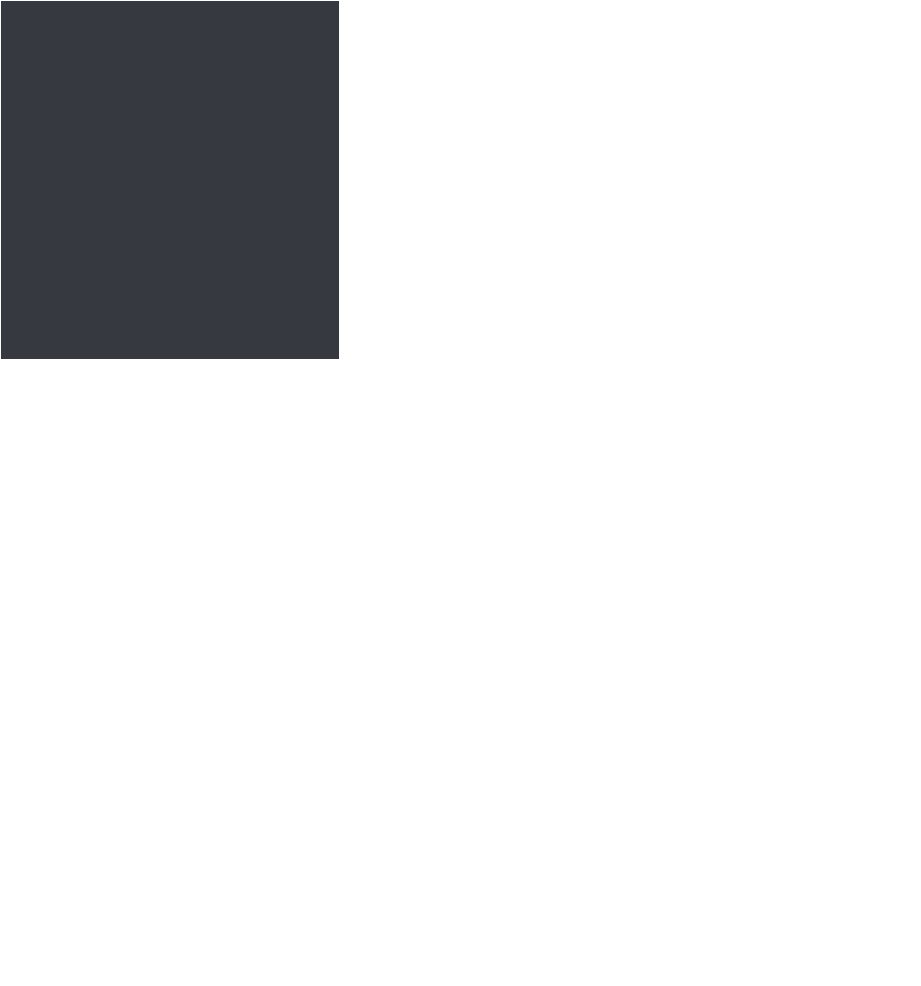
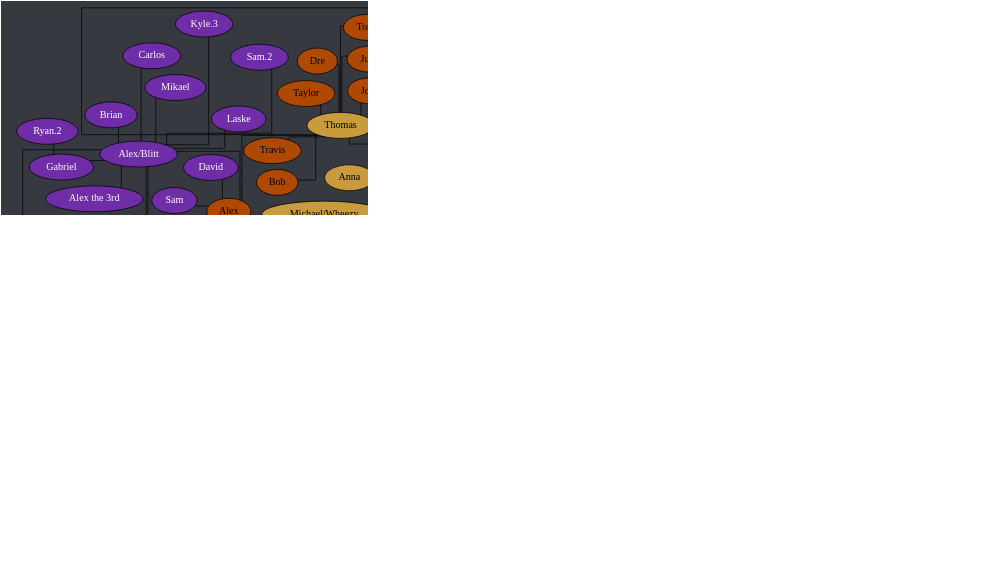
One commit to Documidas/CoronaCatzFamilyTree changed the diagram in tree.dot. Above: the diagram before and after it, drawn with Graphviz. The commit also changed 1 other file, not shown here.

Commit message:
Add Critical

```diff
--- a/tree.dot
+++ b/tree.dot
@@ -1,183 +1,184 @@
 strict graph {
 	// Layout Configuration
 	layout = neato;
 	dpi = 200;
 	epsilon = 0.01;
 	mode = major;
 	model = subset;
 	overlap = false;
 	splines = ortho;
 	start = rand;
 
 	// Visual Configuration
 	graph [ truecolor=true bgcolor="#36393f" ];
 	node [ style=filled fillcolor="gray" fontcolor="black" ];
 
 	subgraph "Joel" {
 		node [ style=filled fillcolor="firebrick4" fontcolor="white" ];
 		Joel [ style=filled fillcolor="gold" fontcolor="black" ];
 
 		Cayla -- Ali;
 		Cayla -- Jonathan;
 		Cayla -- Kate;
 		Cayla -- Ranger;
 		Joel -- Anders;
 		Joel -- Cayla;
 		Joel -- Conner;
 		Joel -- Jared;
 		Joel -- Kat;
 		Joel -- Patrick;
 		Joel -- Steven;
 	}
 
 	subgraph "Anders" {
 		node [ style=filled fillcolor="green4" fontcolor="white" ];
 		// Anders [ style=filled fillcolor="green4" fontcolor="white" ];
 
 		Anders -- Chiara;
 		Anders -- Cody;
 		Anders -- Daniel;
 		Anders -- Derek;
 		Anders -- DJ;
 		Anders -- Hahnur;
 		Anders -- Jen;
 		Anders -- "Matt.2";
 		Anders -- Solis;
 		Anders -- Will;
 		Anders -- Wyatt;
 		Anders -- Zach;
 	}
 
 	subgraph "Jared" {
 		node [ style=filled fillcolor="royalblue" fontcolor="black" ];
 		// Jared [ style=filled fillcolor="royalblue" fontcolor="black" ];
 
 		Andrew -- Hannah;
 		"Carter-1.0" -- Tom;
 		Cole -- "Shadia/SJ";
 		Donnie -- Bianca;
 		Donnie -- Bryan;
 		Donnie -- Troy;
 		Greg -- Andrew;
 		Greg -- "Carter-1.0";
+		Greg -- Critical;
 		Greg -- Ina;
 		Greg -- "John Boi";
 		Greg -- Tails;
 		Greg -- Tanyon;
 		Hannah -- Raana;
 		Jared -- Brandi;
 		Jared -- Dave;
 		Jared -- Donnie;
 		Jared -- Fabi;
 		Jared -- "Jack.2";
 		Jared -- Cole;
 		Jared -- Kamon;
 		Jared -- Greg;
 		Jared -- Isabelle;
 		Jared -- Mason;
 		Jared -- "Matt.1";
 		Jared -- Mehmet;
 		Jared -- Nam;
 		Jared -- Pixie;
 		Jared -- Shannon;
 		Jared -- Spencer;
 		Jared -- Tyler;
 		Jared -- "Zach/Laniakea";
 		Jared -- Zoe;
 		"John Boi" -- Hardie;
 		"Shadia/SJ" -- Kalel;
 		"Shadia/SJ" -- Tommy;
 		Tommy -- Danny;
 		Troy -- Drake;
 		Tyler -- Gaby;
 		Zoe -- Brandon;
 	}
 
 	subgraph "Zach/Laniakea" {
 		node [ style=filled fillcolor="#4eff2c" fontcolor="black" ];
 		// "Zach/Laniakea" [ style=filled fillcolor="#4eff2c" fontcolor="black" ];
 
 		"Caio.2" -- "Kyle.1";
 		"Caio.2" -- Lucas;
 		Kuri -- "Andrew/Spook";
 		Kuri -- Jon;
 		Kuri -- Karma;
 		Kuri -- Ram;
 		Uko -- Marcus;
 		"Ryan/Wenger" -- Gracie;
 		"Zach/Laniakea" -- Allen;
 		"Zach/Laniakea" -- "Caio.2";
 		"Zach/Laniakea" -- John;
 		"Zach/Laniakea" -- Logan;
 		"Zach/Laniakea" -- Kevin;
 		"Zach/Laniakea" -- Kuri;
 		"Zach/Laniakea" -- "Kyle.0";
 		"Zach/Laniakea" -- Mike;
 		"Zach/Laniakea" -- "Ryan/Wenger";
 		"Zach/Laniakea" -- Uko;
 	}
 
 	subgraph "John" {
 		node [ style=filled fillcolor="#c89b3c" fontcolor="black" ];
 		// John [ style=filled fillcolor="#c89b3c" fontcolor="black" ];
 
 		John -- Anna;
 		John -- Emily;
 		John -- Haber;
 		John -- Jay;
 		John -- "Jack.1";
 		John -- Lara;
 		John -- Monarch;
 		John -- Thomas;
 	}
 
 	subgraph "John-stream" {
 		// node [ style=filled fillcolor="#9147ff" fontcolor="black" ];
 		node [ style=filled fillcolor="#c89b3c" fontcolor="black" ];
 
 		John -- "Michael/Wheezy";
 	}
 
 	subgraph "Thomas" {
 		node [ style=filled fillcolor="#b04900" fontcolor="black" ];
 		// Thomas [ style=filled fillcolor="#b04900" fontcolor="black" ];
 
 		Thomas -- Alex;
 		Thomas -- Bob;
 		Thomas -- Dre;
 		Thomas -- JD;
 		Thomas -- Josh;
 		Thomas -- Juan;
 		Thomas -- Pat;
 		Thomas -- Taylor;
 		Thomas -- Tony;
 		Thomas -- Travis;
 	}
 
 	subgraph "Alex" {
 		node [ style=filled fillcolor="#6f2da8" fontcolor="white" ];
 		// Alex [ style=filled fillcolor="#6f2da8" fontcolor="black" ];
 
 		Alex -- "Alex/Blitt";
 		Alex -- "Da'Von";
 		Alex -- David;
 		Alex -- Sam;
 		"Alex/Blitt" -- Alan;
 		"Alex/Blitt" -- "Alex the 3rd";
 		"Alex/Blitt" -- Brian;
 		"Alex/Blitt" -- Carlos;
 		"Alex/Blitt" -- Chris;
 		"Alex/Blitt" -- Gabriel;
 		"Alex/Blitt" -- "Kyle.3";
 		"Alex/Blitt" -- Laske;
 		"Alex/Blitt" -- Mikael;
 		"Alex/Blitt" -- "Ryan.1";
 		"Alex/Blitt" -- "Sam.2";
 		"Da'Von" -- Dalton;
 		"Da'Von" -- Zeller;
 		Dalton -- "Carter.2";
 		Dalton -- Graysen;
 		Gabriel -- "Ryan.2";
 		Zeller -- Sierra;
 	}
 }
```
